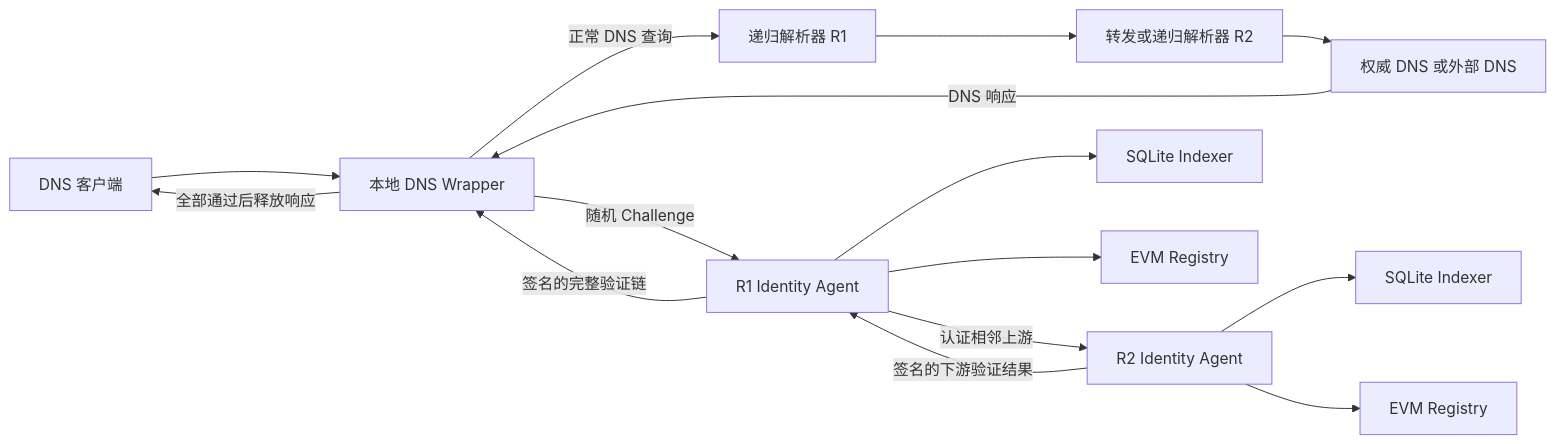
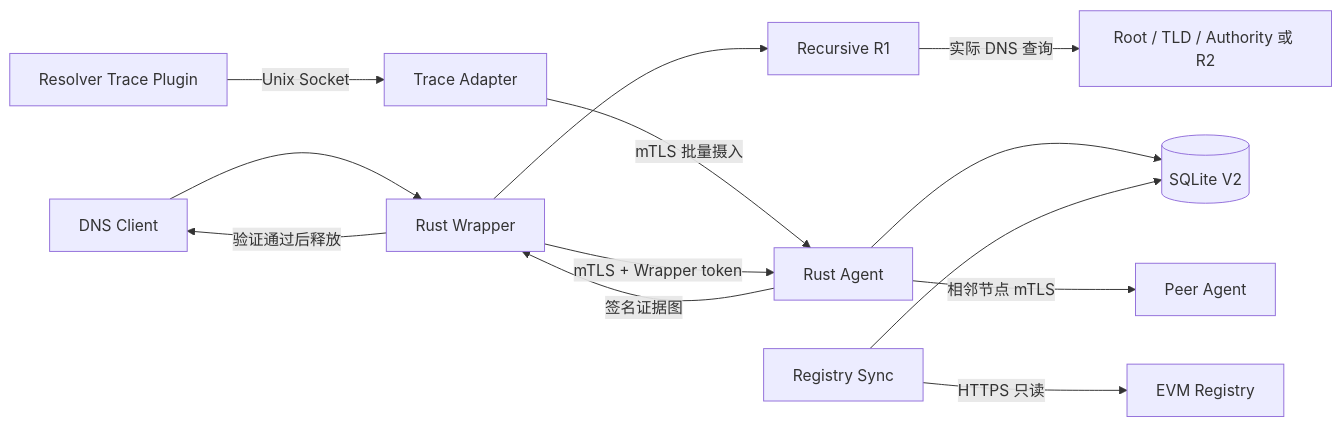
One commit to lwcyyk/fanxiangdiguijiexi changed the diagram in docs/项目技术介绍.md. Above: the diagram before and after it, drawn with Mermaid. The commit also changed other lines of this file and 1 other file, not shown here.

Commit message:
docs: align technical overview with Rust V2

````diff
--- a/docs/项目技术介绍.md
+++ b/docs/项目技术介绍.md
@@ -60,20 +21,17 @@
 ```mermaid
 flowchart LR
-    C[DNS 客户端] --> W[本地 DNS Wrapper]
+    C[DNS Client] --> W[Rust Wrapper]
+    W --> R1[Recursive R1]
+    R1 -->|实际 DNS 查询| N[Root / TLD / Authority 或 R2]
 
-    W -->|正常 DNS 查询| R1[递归解析器 R1]
-    R1 --> R2[转发或递归解析器 R2]
-    R2 --> A[权威 DNS 或外部 DNS]
+    RP[Resolver Trace Plugin] -->|Unix Socket| T[Trace Adapter]
+    T -->|mTLS 批量摄入| A[Rust Agent]
+    W -->|mTLS + Wrapper token| A
+    A --> DB[(SQLite V2)]
+    S[Registry Sync] --> DB
+    S -->|HTTPS 只读| BC[EVM Registry]
+    A -->|相邻节点 mTLS| PA[Peer Agent]
 
-    W -->|随机 Challenge| AG1[R1 Identity Agent]
-    AG1 -->|认证相邻上游| AG2[R2 Identity Agent]
-    AG1 --> I1[SQLite Indexer]
-    AG1 --> B1[EVM Registry]
-    AG2 --> I2[SQLite Indexer]
-    AG2 --> B2[EVM Registry]
-
-    A -->|DNS 响应| W
-    AG2 -->|签名的下游验证结果| AG1
-    AG1 -->|签名的完整验证链| W
-    W -->|全部通过后释放响应| C
+    A -->|签名证据图| W
+    W -->|验证通过后释放| C
 ```
````
